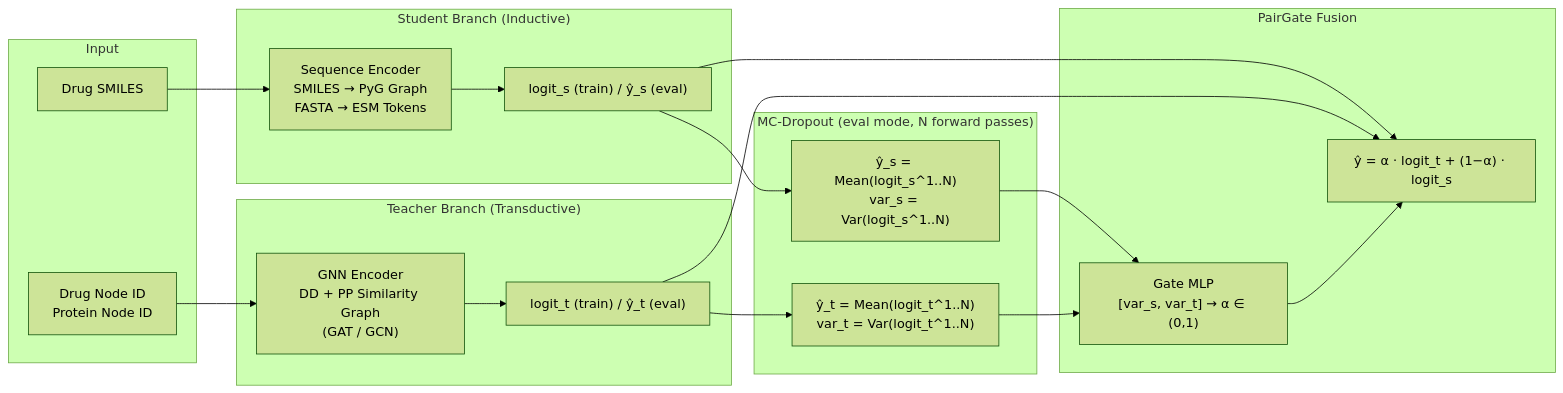
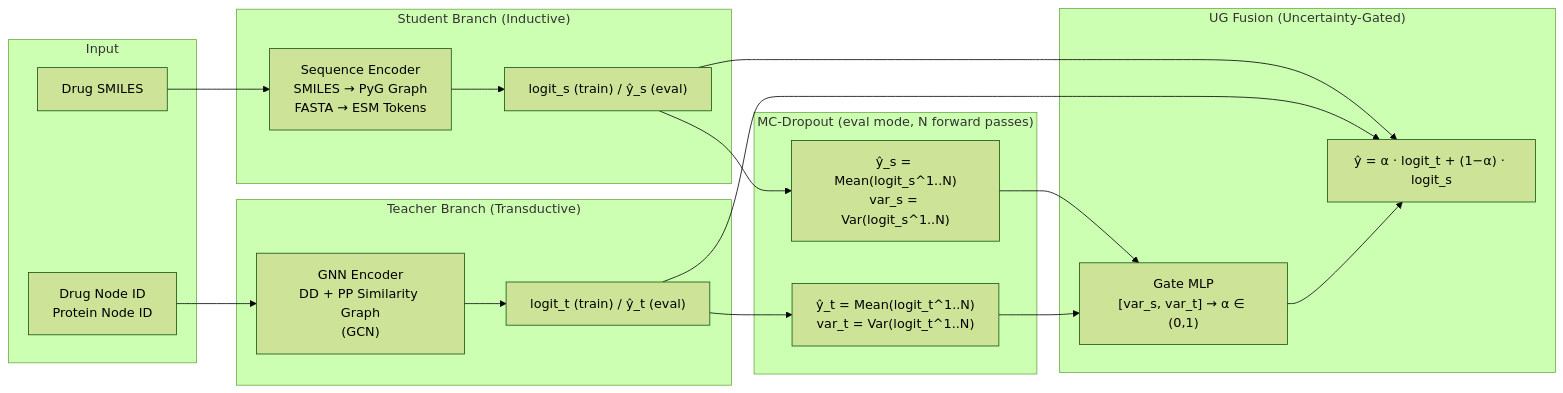
One commit to mysorf-9239/UGTSDTI changed the first of 3 diagrams in README.md. Above: the diagram before and after it, drawn with Mermaid (forest theme). The commit also changed other lines of this file and 56 other files, not shown here.

````diff
--- a/README.md
+++ b/README.md
@@ -47,35 +47,35 @@
 ```mermaid
 flowchart LR
     subgraph Input
         A["Drug SMILES"]
         B["Drug Node ID\nProtein Node ID"]
     end
 
     subgraph Student["Student Branch (Inductive)"]
         C["Sequence Encoder\nSMILES → PyG Graph\nFASTA → ESM Tokens"]
         D["logit_s (train) / ŷ_s (eval)"]
     end
 
     subgraph Teacher["Teacher Branch (Transductive)"]
-        E["GNN Encoder\nDD + PP Similarity Graph\n(GAT / GCN)"]
+        E["GNN Encoder\nDD + PP Similarity Graph\n(GCN)"]
         F["logit_t (train) / ŷ_t (eval)"]
     end
 
     subgraph MC["MC-Dropout (eval mode, N forward passes)"]
         G["ŷ_s = Mean(logit_s^1..N)\nvar_s = Var(logit_s^1..N)"]
         H["ŷ_t = Mean(logit_t^1..N)\nvar_t = Var(logit_t^1..N)"]
     end
 
-    subgraph Fusion["PairGate Fusion"]
+    subgraph Fusion["UG Fusion (Uncertainty-Gated)"]
         I["Gate MLP\n[var_s, var_t] → α ∈ (0,1)"]
         J["ŷ = α · logit_t + (1−α) · logit_s"]
     end
 
     A --> C --> D --> G
     B --> E --> F --> H
     G --> I
     H --> I
     D --> J
     F --> J
     I --> J
 ```
````
